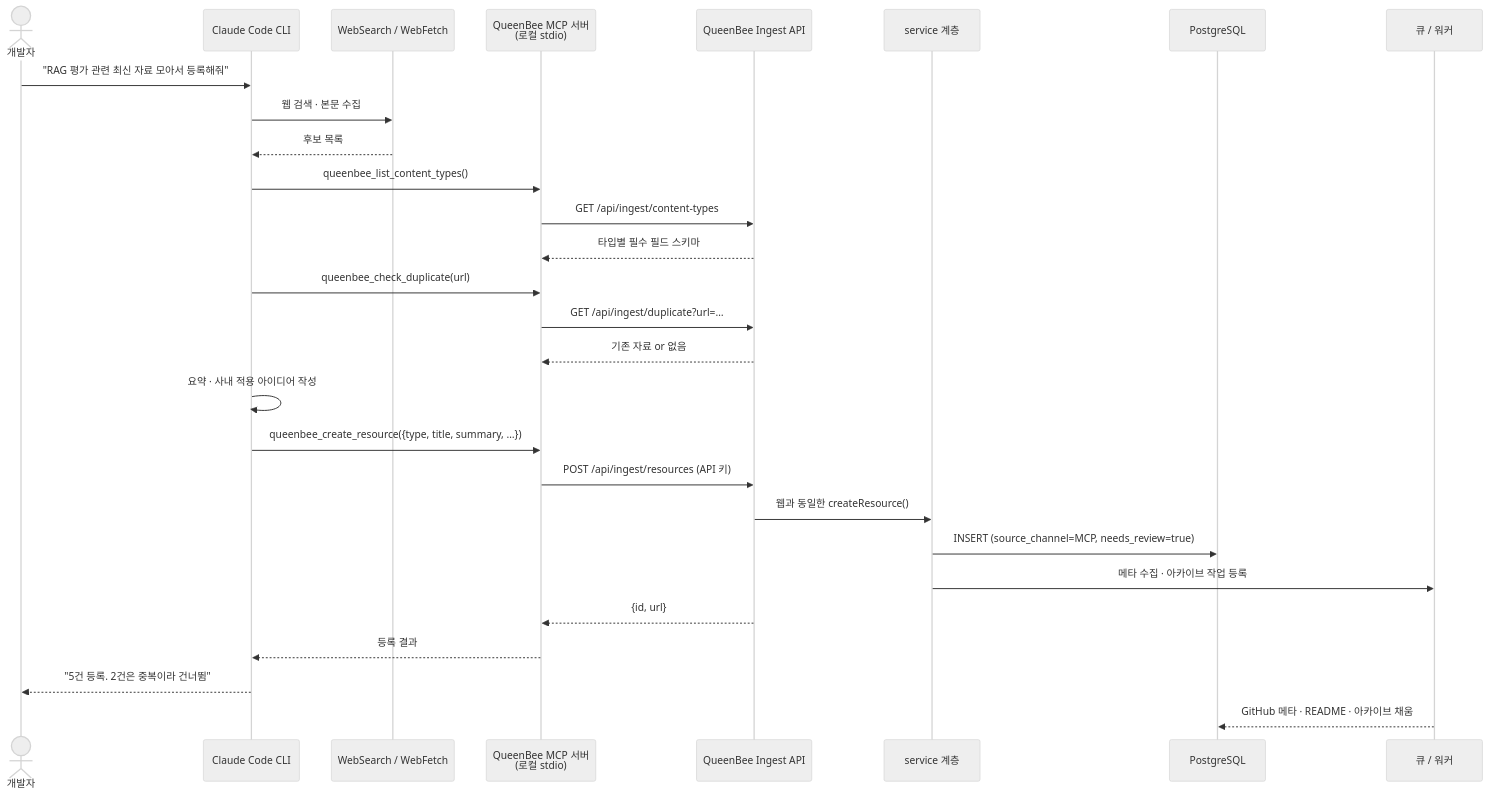
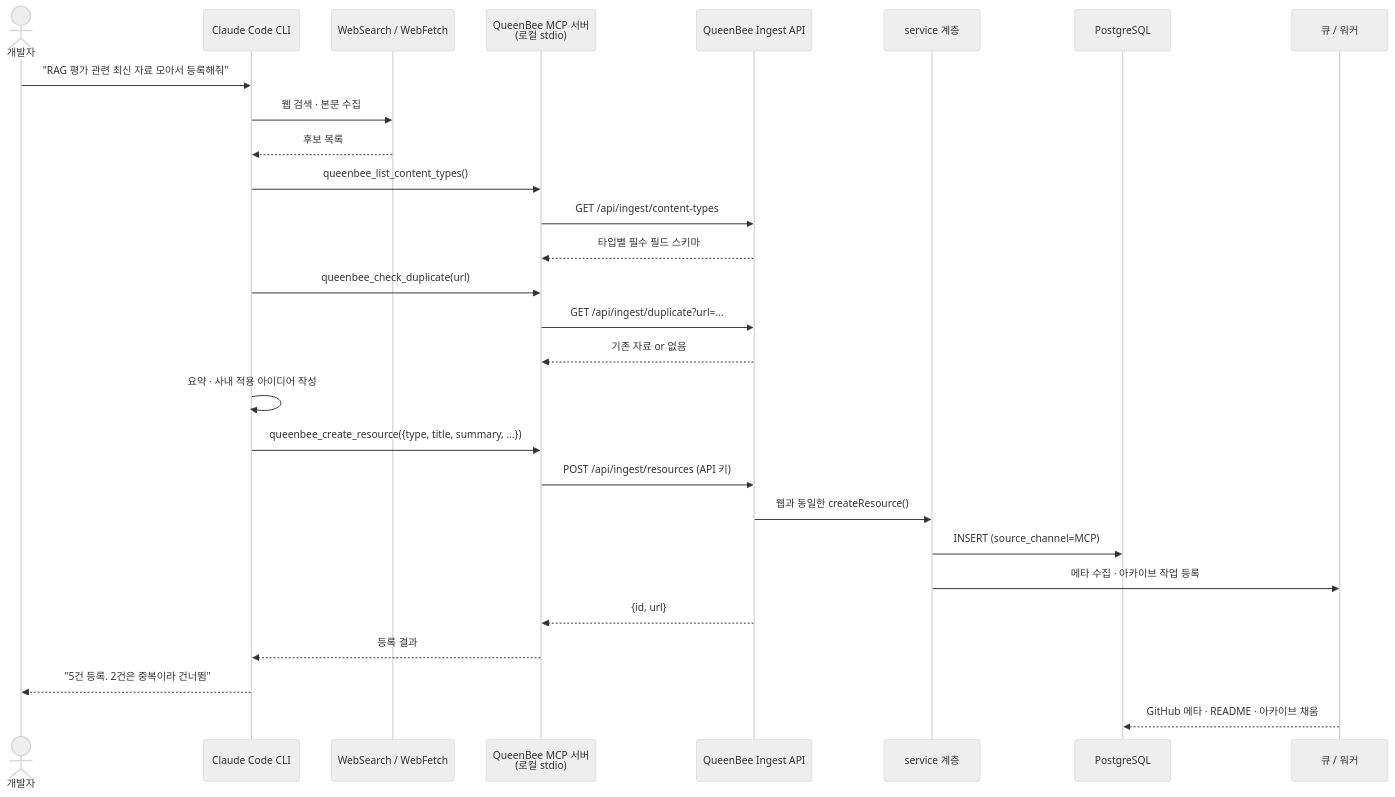
The first of 3 diagrams in _docs/02.개발설계/08_자료수집_파이프라인.md (anerjin/private_project_myteam), drawn with Mermaid (neutral theme) before and after one commit. The commit also changed other lines of this file and 40 other files, not shown here.

````diff
--- a/_docs/02.개발설계/08_자료수집_파이프라인.md
+++ b/_docs/02.개발설계/08_자료수집_파이프라인.md
@@ -32,31 +32,31 @@
 ```mermaid
 sequenceDiagram
     actor D as 개발자
     participant CC as Claude Code CLI
     participant WS as WebSearch / WebFetch
     participant MCP as QueenBee MCP 서버<br/>(로컬 stdio)
     participant API as QueenBee Ingest API
     participant SVC as service 계층
     participant DB as PostgreSQL
     participant Q as 큐 / 워커
 
     D->>CC: "RAG 평가 관련 최신 자료 모아서 등록해줘"
     CC->>WS: 웹 검색 · 본문 수집
     WS-->>CC: 후보 목록
     CC->>MCP: queenbee_list_content_types()
     MCP->>API: GET /api/ingest/content-types
     API-->>MCP: 타입별 필수 필드 스키마
     CC->>MCP: queenbee_check_duplicate(url)
     MCP->>API: GET /api/ingest/duplicate?url=…
     API-->>MCP: 기존 자료 or 없음
     CC->>CC: 요약 · 사내 적용 아이디어 작성
     CC->>MCP: queenbee_create_resource({type, title, summary, …})
     MCP->>API: POST /api/ingest/resources (API 키)
     API->>SVC: 웹과 동일한 createResource()
-    SVC->>DB: INSERT (source_channel=MCP, needs_review=true)
+    SVC->>DB: INSERT (source_channel=MCP)
     SVC->>Q: 메타 수집 · 아카이브 작업 등록
     API-->>MCP: {id, url}
     MCP-->>CC: 등록 결과
     CC-->>D: "5건 등록. 2건은 중복이라 건너뜀"
     Q-->>DB: GitHub 메타 · README · 아카이브 채움
 ```
````
